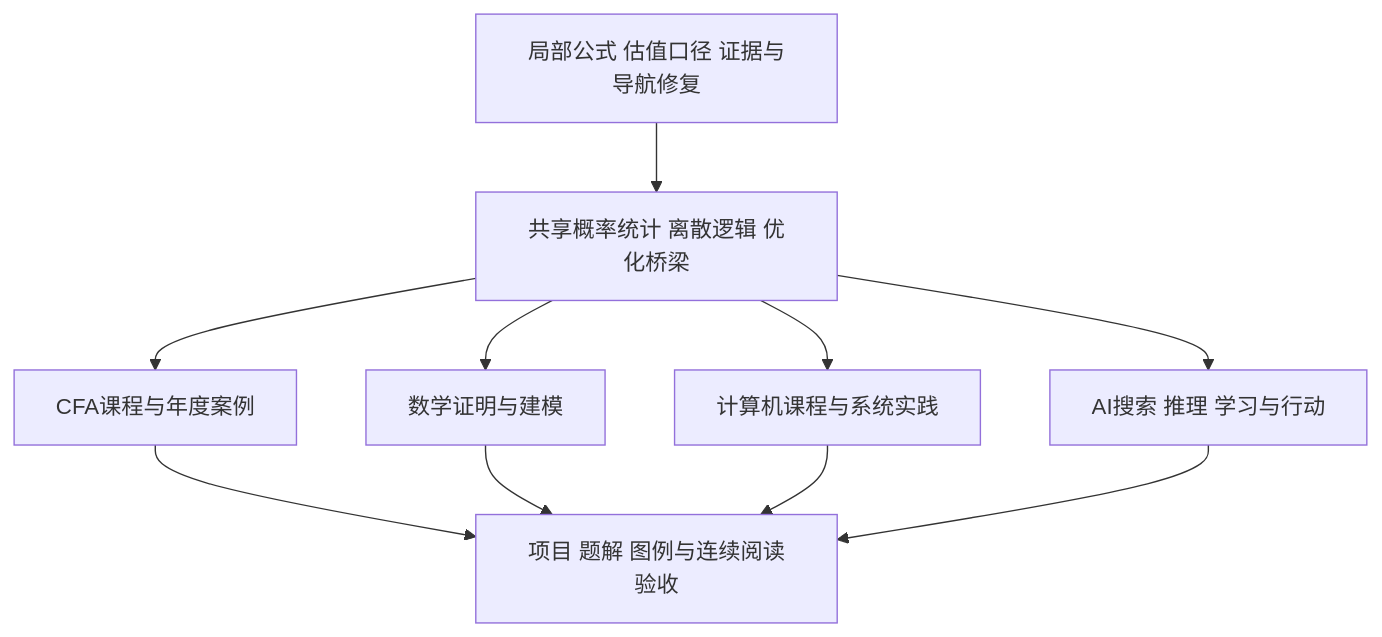
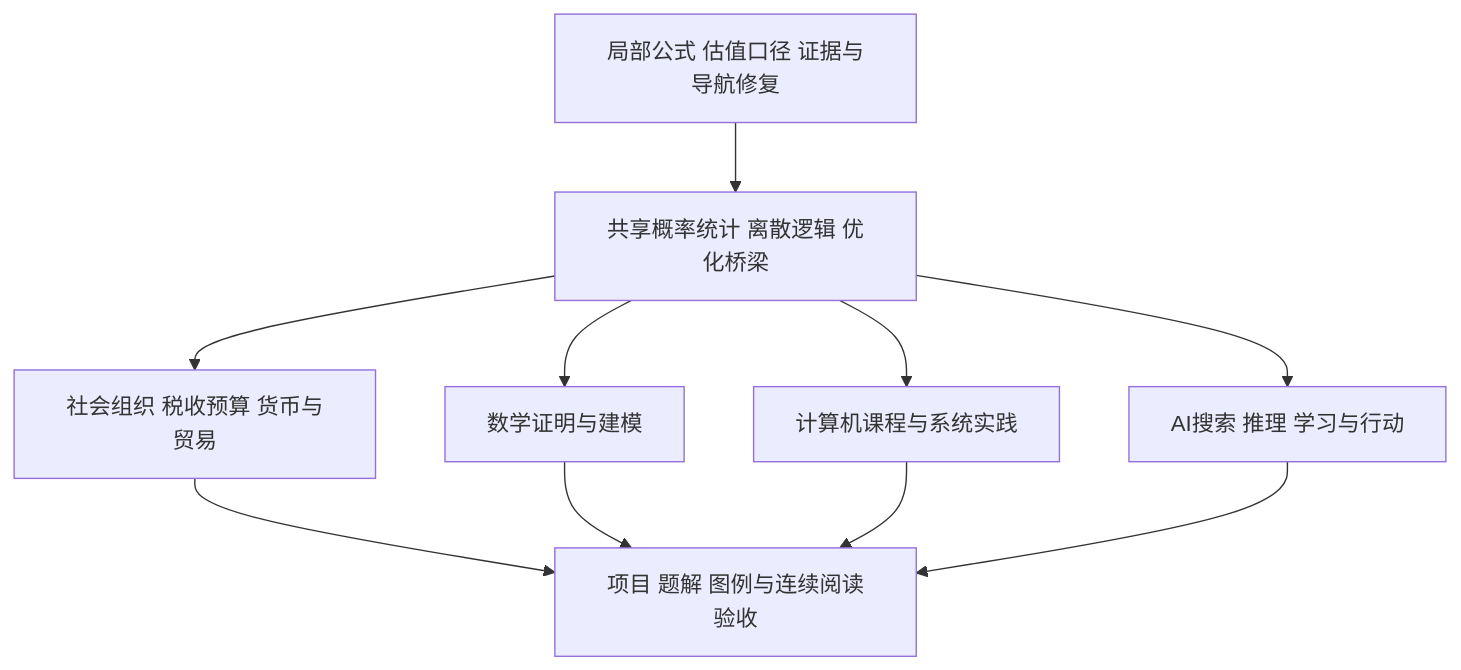
The diagram in 00-工作台/下一步建设规划.md (EunsonZ/WWL), drawn with Mermaid before and after one commit. The commit also changed other lines of this file and 143 other files, not shown here.

````diff
--- a/00-工作台/下一步建设规划.md
+++ b/00-工作台/下一步建设规划.md
@@ -65,12 +65,12 @@
 ```mermaid
 flowchart TD
     R[局部公式 估值口径 证据与导航修复] --> S[共享概率统计 离散逻辑 优化桥梁]
-    S --> F[CFA课程与年度案例]
+    S --> F[社会组织 税收预算 货币与贸易]
     S --> M[数学证明与建模]
     S --> C[计算机课程与系统实践]
     S --> A[AI搜索 推理 学习与行动]
     F --> E[项目 题解 图例与连续阅读验收]
     M --> E
     C --> E
     A --> E
 ```
````
